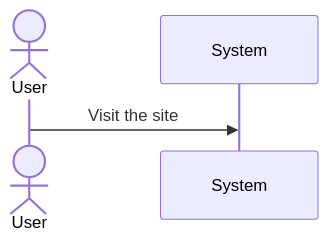
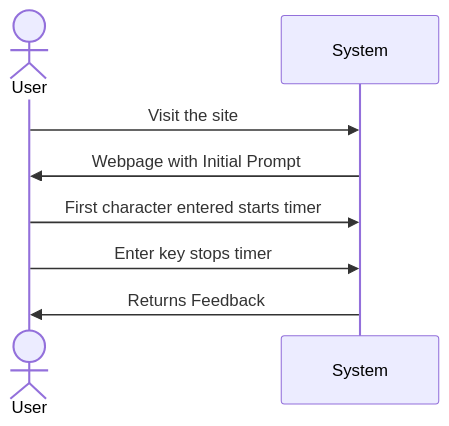
The diagram in requirements.md (tindrew/elixirWPM), drawn with Mermaid before and after one commit. The commit also changed other lines of this file, not shown here.

````diff
--- a/requirements.md
+++ b/requirements.md
@@ -28,6 +28,13 @@
 ```mermaid
 sequenceDiagram
     actor User
     
     User->>System: Visit the site
+    System->>User: Webpage with Initial Prompt
+
+    
+    User->>System: First character entered starts timer
+    User->>System: Enter key stops timer
+
+    System->>User: Returns Feedback
 ```
````
